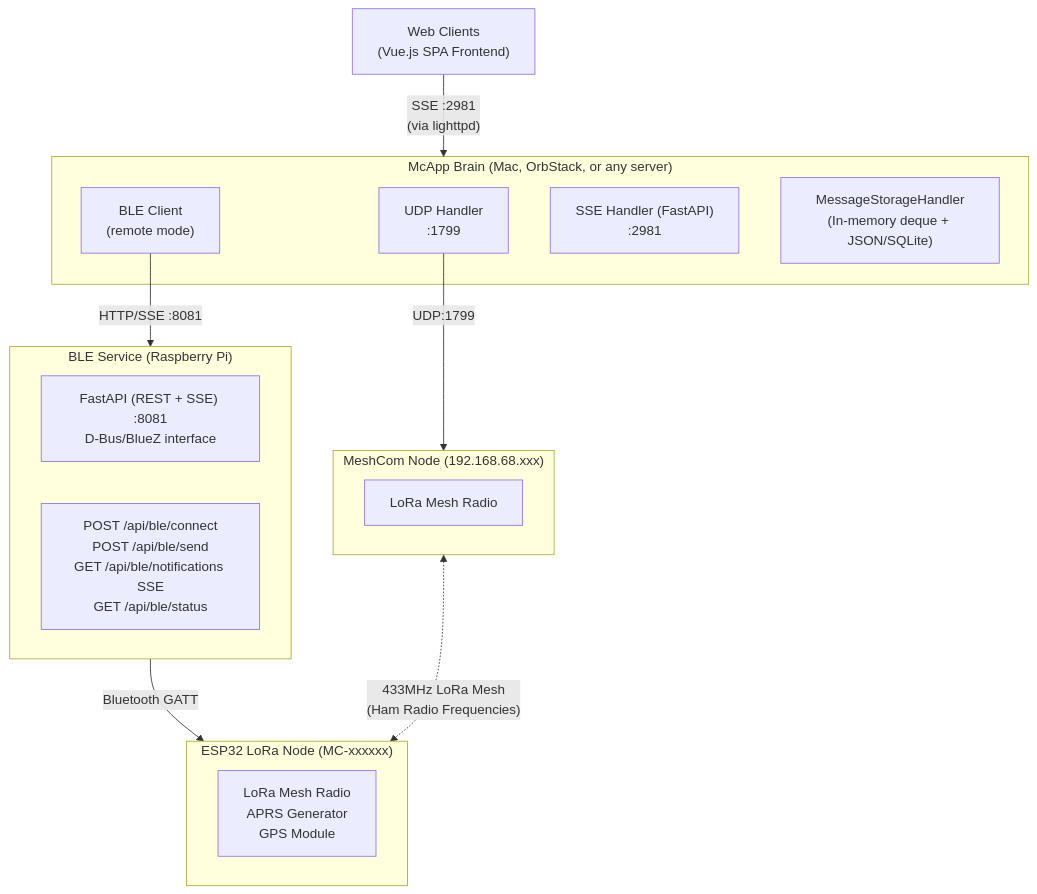
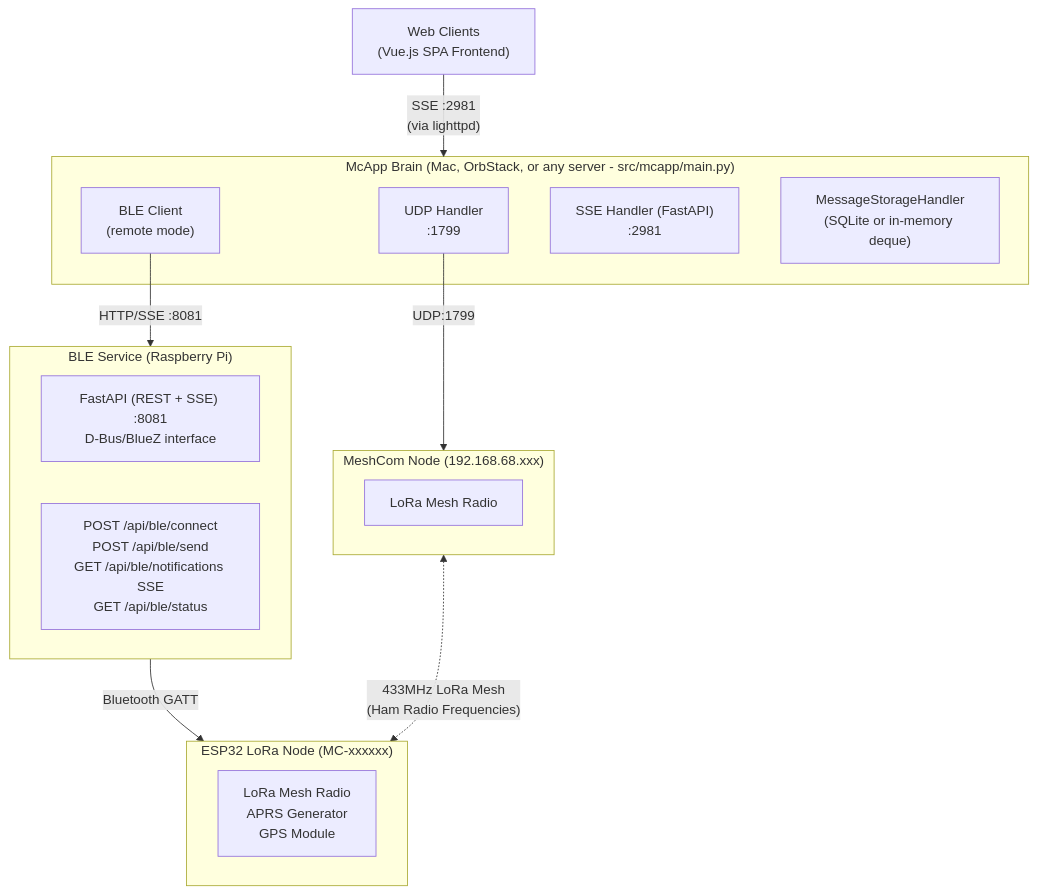
One commit to DK5EN/McApp changed the second of 2 diagrams in doc/dataflow.md. Above: the diagram before and after it, drawn with Mermaid. The commit also changed other lines of this file and 22 other files, not shown here.

````diff
--- a/doc/dataflow.md
+++ b/doc/dataflow.md
@@ -40,31 +48,31 @@
 ```mermaid
 flowchart TD
     WC2["Web Clients<br/>(Vue.js SPA Frontend)"]
 
     WC2 -- "SSE :2981<br/>(via lighttpd)" --> Brain
 
-    subgraph Brain["McApp Brain (Mac, OrbStack, or any server)"]
+    subgraph Brain["McApp Brain (Mac, OrbStack, or any server - src/mcapp/main.py)"]
         UDP2["UDP Handler<br/>:1799"]
         BLE2["BLE Client<br/>(remote mode)"]
         SSEH2["SSE Handler (FastAPI)<br/>:2981"]
-        MSH2["MessageStorageHandler<br/>(In-memory deque + JSON/SQLite)"]
+        MSH2["MessageStorageHandler<br/>(SQLite or in-memory deque)"]
     end
 
     subgraph BLES["BLE Service (Raspberry Pi)"]
         FA["FastAPI (REST + SSE) :8081<br/>D-Bus/BlueZ interface"]
         EP["POST /api/ble/connect<br/>POST /api/ble/send<br/>GET /api/ble/notifications SSE<br/>GET /api/ble/status"]
     end
 
     subgraph MCN2["MeshCom Node (192.168.68.xxx)"]
         LR3["LoRa Mesh Radio"]
     end
 
     subgraph ESP2["ESP32 LoRa Node (MC-xxxxxx)"]
         LR4["LoRa Mesh Radio<br/>APRS Generator<br/>GPS Module"]
     end
 
     UDP2 -- "UDP:1799" --> MCN2
     BLE2 -- "HTTP/SSE :8081" --> BLES
     BLES -- "Bluetooth GATT" --> ESP2
     MCN2 <-. "433MHz LoRa Mesh<br/>(Ham Radio Frequencies)" .-> ESP2
 ```
````
